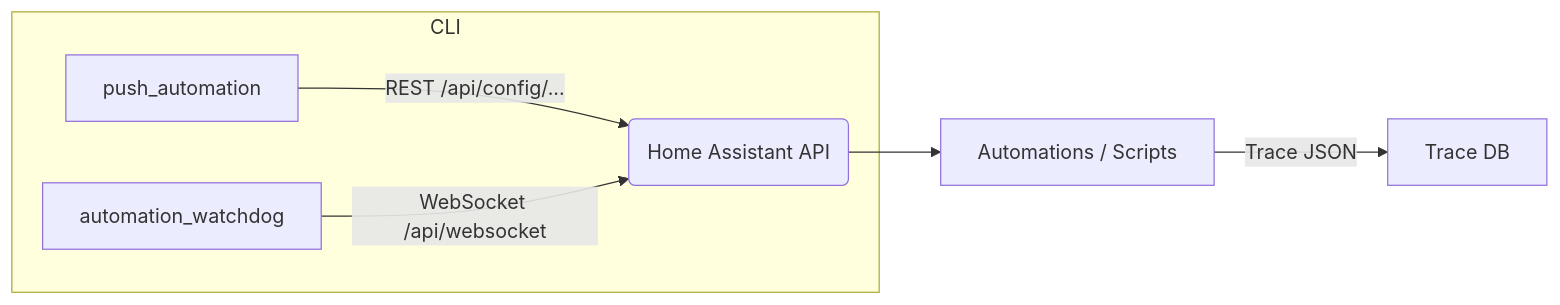
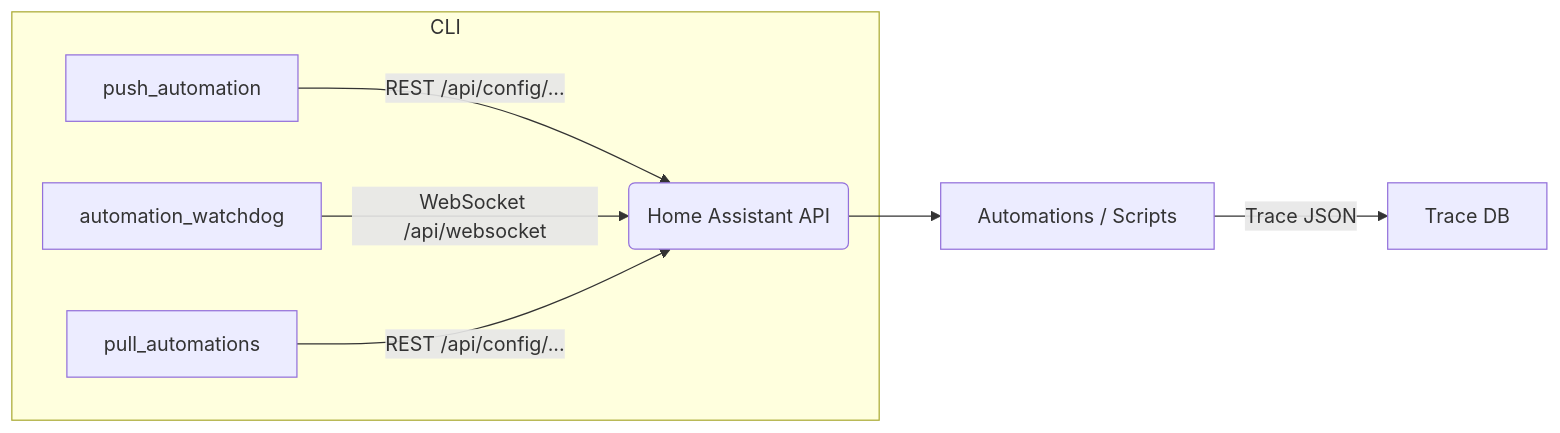
Before and after one commit to apro187/HA-Tools: the diagram in wiki.md, drawn with Mermaid. The commit also changed other lines of this file and 9 other files, not shown here.

Commit message:
update: Add pull_automations script and common utilities

````diff
--- a/wiki.md
+++ b/wiki.md
@@ -67,9 +69,10 @@
 ```mermaid
 graph LR
     subgraph CLI
         A[push_automation] -- REST /api/config/... --> B(Home Assistant API)
         C[automation_watchdog] -- WebSocket /api/websocket --> B
+        D[pull_automations] -- REST /api/config/... --> B
     end
-    B --> D[Automations / Scripts]
-    D -->|Trace JSON| E[Trace DB]
+    B --> E[Automations / Scripts]
+    E -->|Trace JSON| F[Trace DB]
 ```
````
